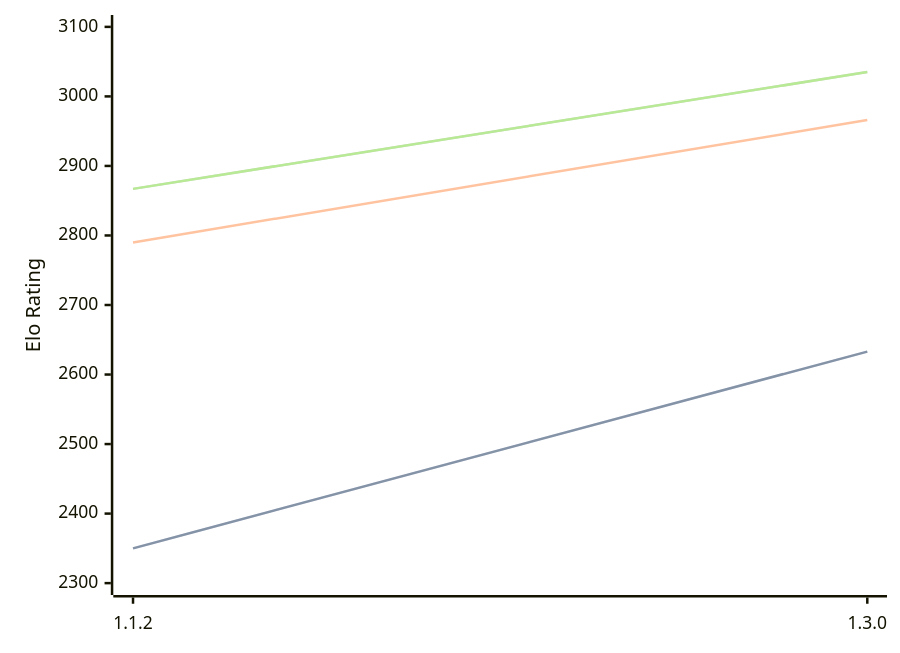
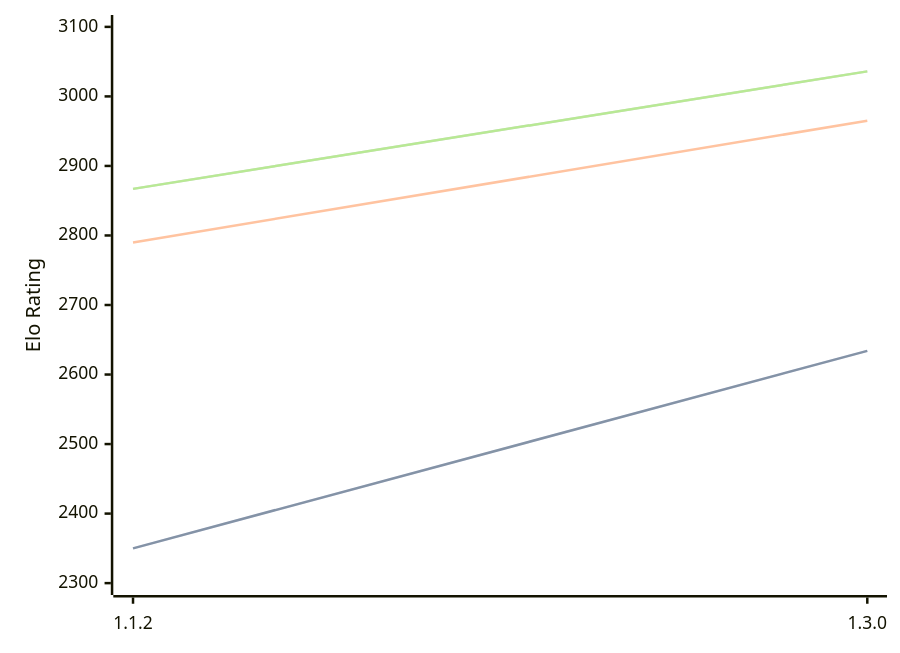
Before and after one commit to computer-chess-index/cci: the diagram in engines/Ember.md, drawn with Mermaid. The commit also changed other lines of this file, not shown here.

Commit message:
Update CCI Ratings (ELO VLTC) - 2026-09-14

````diff
--- a/engines/Ember.md
+++ b/engines/Ember.md
@@ -41,11 +41,11 @@
 ```mermaid
 %%{init: {"theme":"base","themeVariables":{"seriesColors:['#a3a3a3','#222221','#faa371']}}}%%
 xychart-beta
   x-axis ["1.1.2", "1.3.0"]
   y-axis "Elo Rating" 2300 --> 3100
-  line "" [2350, 2633]
-  line "STC (8.0+0.08s)" [2350, 2633]
-  line "LTC (60.0+0.60s)" [2790, 2966]
-  line "" [2867, 3035]
-  line "VLTC (2m24s+1.12s)" [2867, 3035]
+  line "" [2350, 2634]
+  line "STC (8.0+0.08s)" [2350, 2634]
+  line "LTC (60.0+0.60s)" [2790, 2965]
+  line "" [2867, 3036]
+  line "VLTC (2m24s+1.12s)" [2867, 3036]
 ```
````
